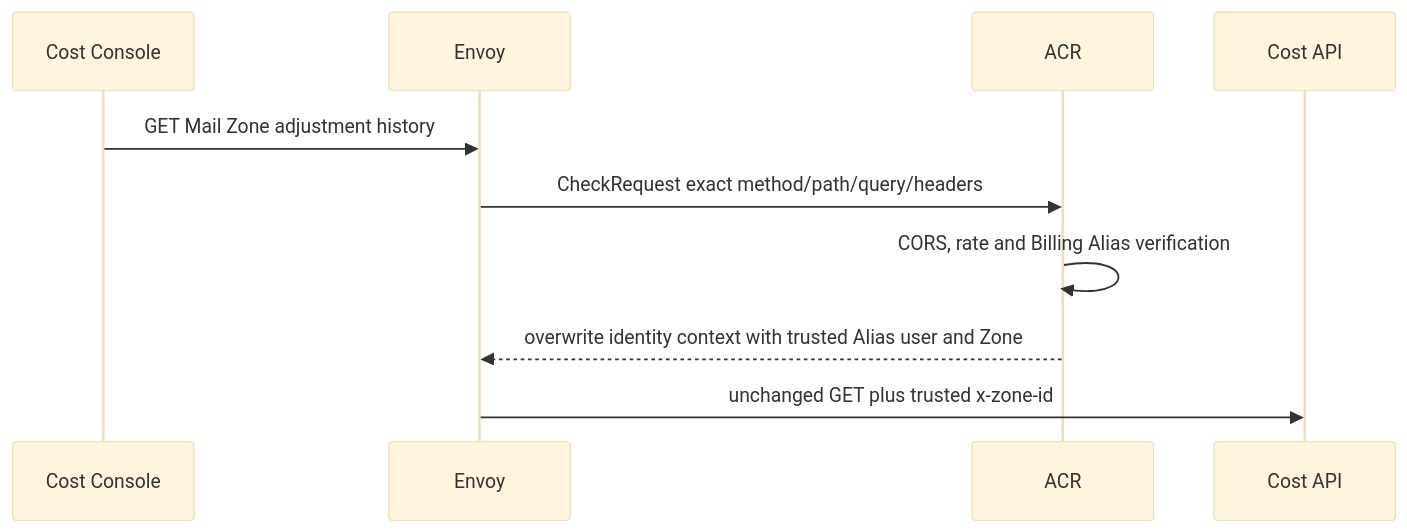
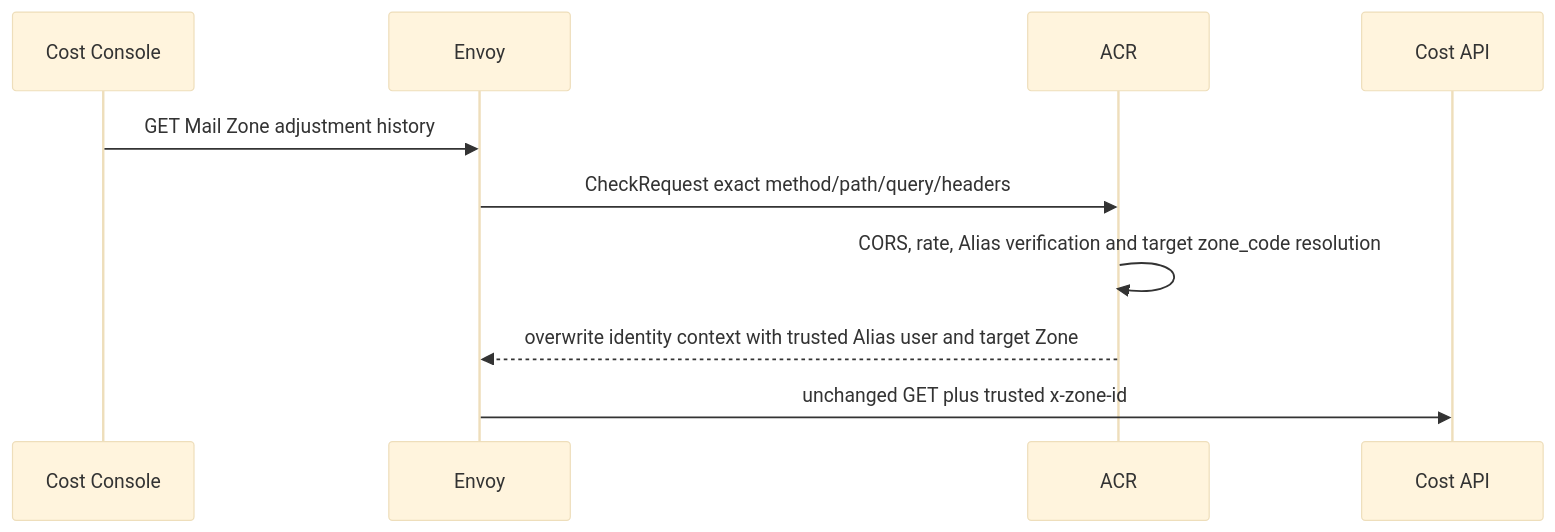
The diagram in god_view/billing/billing_mail_zone_price_adjustment_list_god_view.md (phucle996/aurora), drawn with Mermaid (base theme) before and after one commit. The commit also changed other lines of this file and 17 other files, not shown here.

Commit message:
refactor: update billing API to support zone-scoped price adjustments and integrate a new ZonePriceAdjustmentsTab UI component.

````diff
--- a/god_view/billing/billing_mail_zone_price_adjustment_list_god_view.md
+++ b/god_view/billing/billing_mail_zone_price_adjustment_list_god_view.md
@@ -21,12 +17,12 @@
 ```mermaid
 sequenceDiagram
     participant C as Cost Console
     participant E as Envoy
     participant A as ACR
     participant API as Cost API
     C->>E: GET Mail Zone adjustment history
     E->>A: CheckRequest exact method/path/query/headers
-    A->>A: CORS, rate and Billing Alias verification
-    A-->>E: overwrite identity context with trusted Alias user and Zone
+    A->>A: CORS, rate, Alias verification and target zone_code resolution
+    A-->>E: overwrite identity context with trusted Alias user and target Zone
     E->>API: unchanged GET plus trusted x-zone-id
 ```
````
